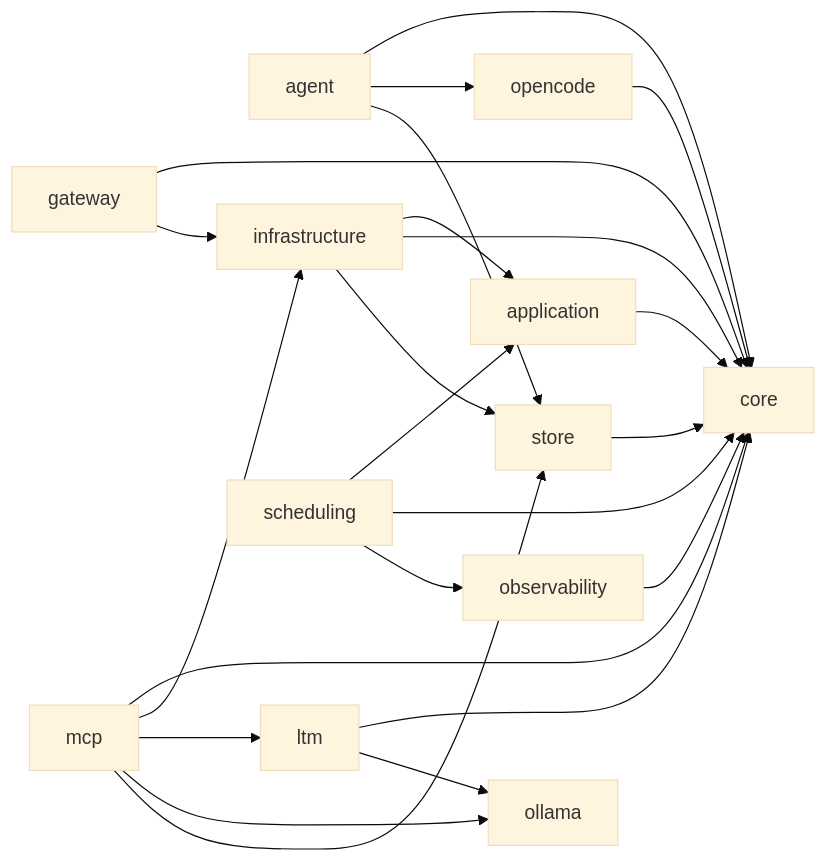
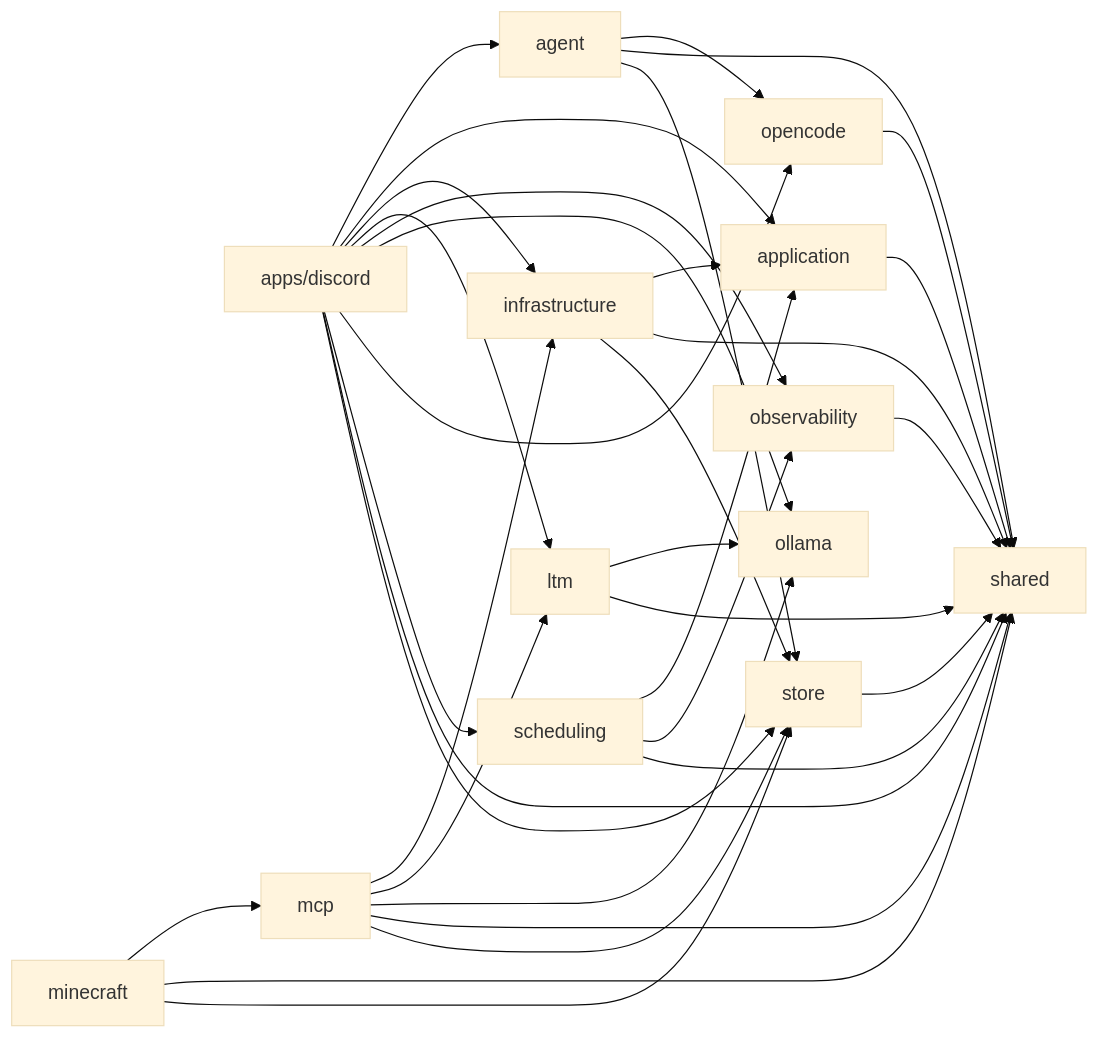
One commit to OJII3/vicissitude changed the diagram in docs/DEPS.md. Above: the diagram before and after it, drawn with Mermaid (base theme). The commit also changed other lines of this file and 280 other files, not shown here.

````diff
--- a/docs/DEPS.md
+++ b/docs/DEPS.md
@@ -7,27 +7,38 @@
 ```mermaid
 graph LR
-  agent --> core
   agent --> opencode
+  agent --> shared
   agent --> store
-  application --> core
-  core
-  gateway --> core
-  gateway --> infrastructure
+  application --> shared
+  apps_discord["apps/discord"] --> agent
+  apps_discord["apps/discord"] --> application
+  apps_discord["apps/discord"] --> infrastructure
+  apps_discord["apps/discord"] --> ltm
+  apps_discord["apps/discord"] --> observability
+  apps_discord["apps/discord"] --> ollama
+  apps_discord["apps/discord"] --> opencode
+  apps_discord["apps/discord"] --> scheduling
+  apps_discord["apps/discord"] --> shared
+  apps_discord["apps/discord"] --> store
   infrastructure --> application
-  infrastructure --> core
+  infrastructure --> shared
   infrastructure --> store
-  ltm --> core
   ltm --> ollama
-  mcp --> core
+  ltm --> shared
   mcp --> infrastructure
   mcp --> ltm
   mcp --> ollama
+  mcp --> shared
   mcp --> store
-  observability --> core
+  minecraft --> mcp
+  minecraft --> shared
+  minecraft --> store
+  observability --> shared
   ollama
-  opencode --> core
+  opencode --> shared
   scheduling --> application
-  scheduling --> core
   scheduling --> observability
-  store --> core
+  scheduling --> shared
+  shared
+  store --> shared
 ```
````
